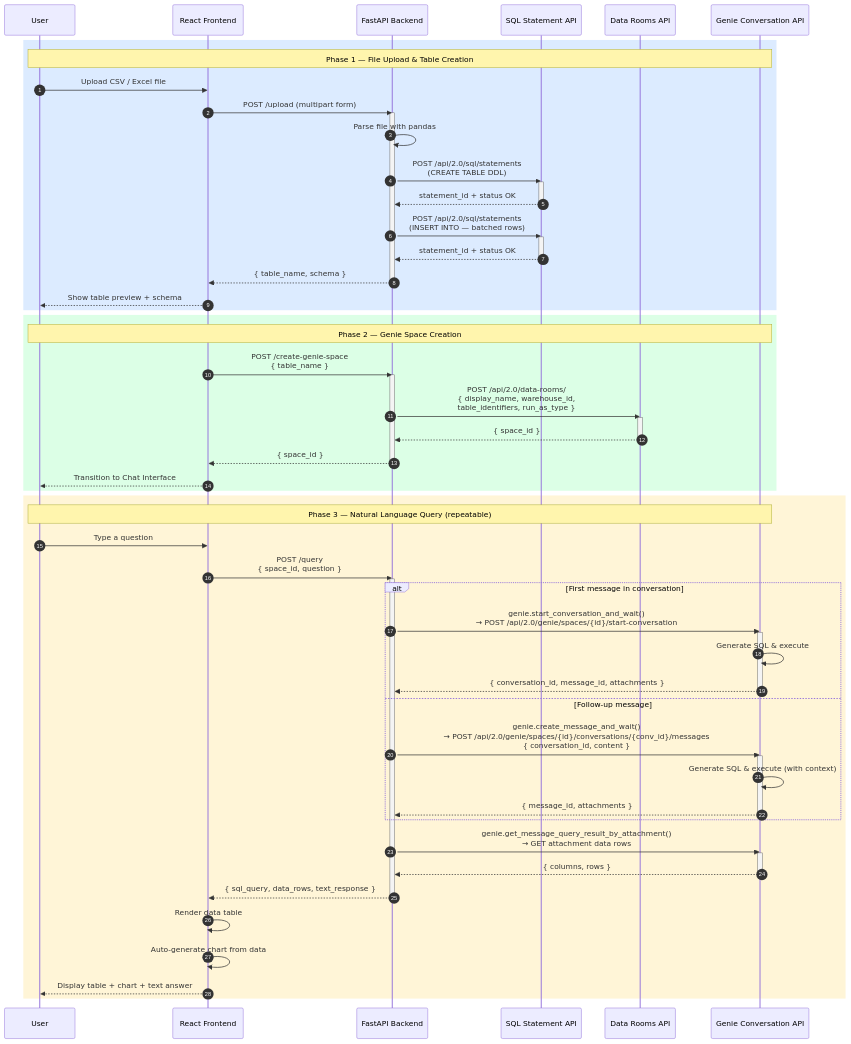
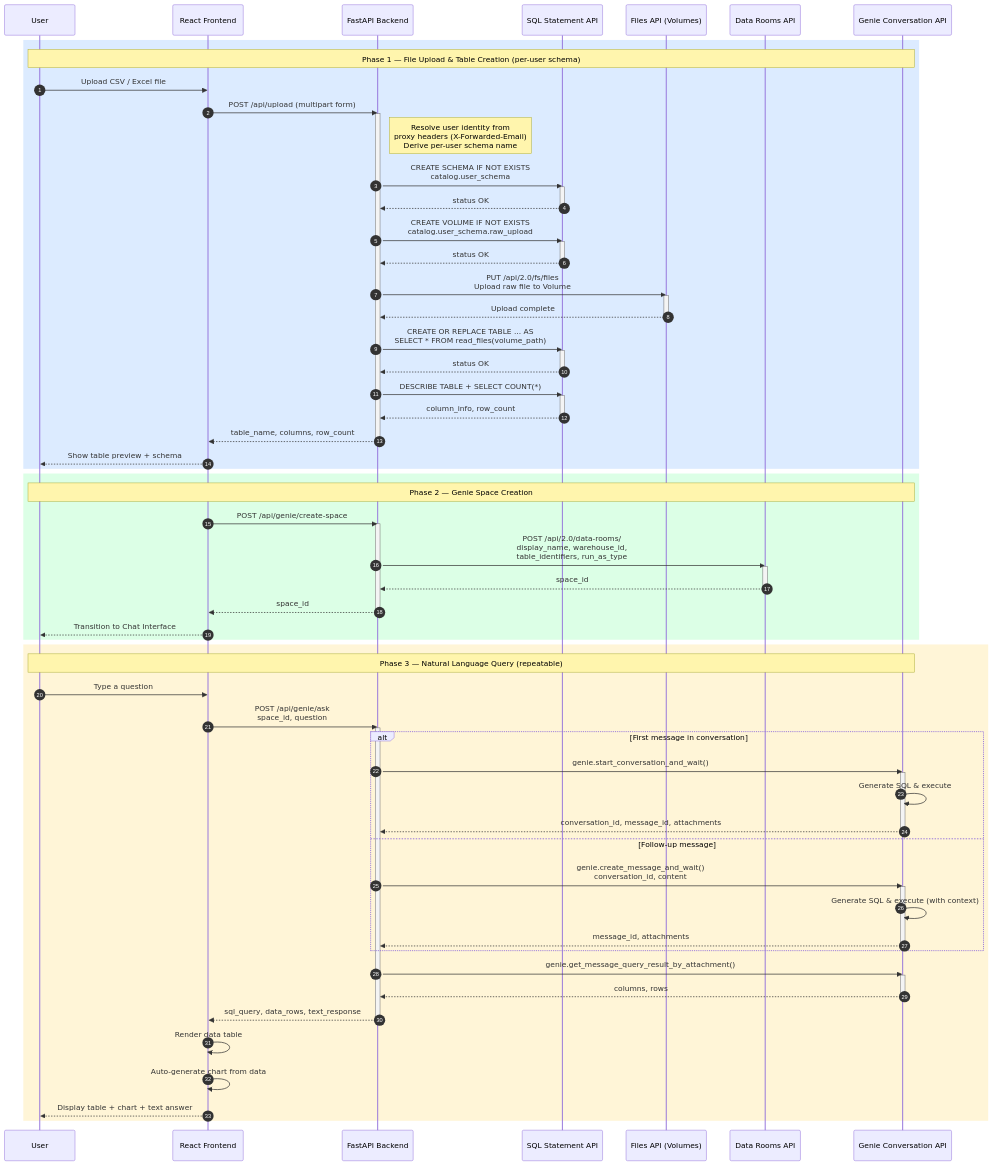
One commit to ffgdeo/genie-upload-demo changed the diagram in api-flow-diagram.mmd. Above: the diagram before and after it, drawn with Mermaid. The commit also changed 1 other file, not shown here.

Commit message:
Update API flow diagram to reflect volume-based upload architecture

```diff
--- a/api-flow-diagram.mmd
+++ b/api-flow-diagram.mmd
@@ -1,75 +1,95 @@
 sequenceDiagram
     autonumber
     participant U as User
     participant FE as React Frontend
     participant BE as FastAPI Backend
     participant SQL as SQL Statement API
+    participant FS as Files API (Volumes)
     participant DR as Data Rooms API
     participant GC as Genie Conversation API
 
     rect rgb(220, 235, 255)
-        Note over U,GC: Phase 1 — File Upload & Table Creation
+        Note over U,GC: Phase 1 — File Upload & Table Creation (per-user schema)
 
         U->>FE: Upload CSV / Excel file
-        FE->>BE: POST /upload (multipart form)
+        FE->>BE: POST /api/upload (multipart form)
         activate BE
-        BE->>BE: Parse file with pandas
-        BE->>SQL: POST /api/2.0/sql/statements<br/>(CREATE TABLE DDL)
+
+        Note right of BE: Resolve user identity from<br/>proxy headers (X-Forwarded-Email)<br/>Derive per-user schema name
+
+        BE->>SQL: CREATE SCHEMA IF NOT EXISTS<br/>catalog.user_schema
         activate SQL
-        SQL-->>BE: statement_id + status OK
+        SQL-->>BE: status OK
         deactivate SQL
-        BE->>SQL: POST /api/2.0/sql/statements<br/>(INSERT INTO — batched rows)
+
+        BE->>SQL: CREATE VOLUME IF NOT EXISTS<br/>catalog.user_schema.raw_upload
         activate SQL
-        SQL-->>BE: statement_id + status OK
+        SQL-->>BE: status OK
         deactivate SQL
-        BE-->>FE: { table_name, schema }
+
+        BE->>FS: PUT /api/2.0/fs/files<br/>Upload raw file to Volume
+        activate FS
+        FS-->>BE: Upload complete
+        deactivate FS
+
+        BE->>SQL: CREATE OR REPLACE TABLE ... AS<br/>SELECT * FROM read_files(volume_path)
+        activate SQL
+        SQL-->>BE: status OK
+        deactivate SQL
+
+        BE->>SQL: DESCRIBE TABLE + SELECT COUNT(*)
+        activate SQL
+        SQL-->>BE: column_info, row_count
+        deactivate SQL
+
+        BE-->>FE: table_name, columns, row_count
         deactivate BE
         FE-->>U: Show table preview + schema
     end
 
     rect rgb(220, 255, 230)
         Note over U,GC: Phase 2 — Genie Space Creation
 
-        FE->>BE: POST /create-genie-space<br/>{ table_name }
+        FE->>BE: POST /api/genie/create-space
         activate BE
-        BE->>DR: POST /api/2.0/data-rooms/<br/>{ display_name, warehouse_id,<br/>  table_identifiers, run_as_type }
+        BE->>DR: POST /api/2.0/data-rooms/<br/>display_name, warehouse_id,<br/>table_identifiers, run_as_type
         activate DR
-        DR-->>BE: { space_id }
+        DR-->>BE: space_id
         deactivate DR
-        BE-->>FE: { space_id }
+        BE-->>FE: space_id
         deactivate BE
         FE-->>U: Transition to Chat Interface
     end
 
     rect rgb(255, 245, 215)
         Note over U,GC: Phase 3 — Natural Language Query (repeatable)
 
         U->>FE: Type a question
-        FE->>BE: POST /query<br/>{ space_id, question }
+        FE->>BE: POST /api/genie/ask<br/>space_id, question
         activate BE
 
         alt First message in conversation
-            BE->>GC: genie.start_conversation_and_wait()<br/>→ POST /api/2.0/genie/spaces/{id}/start-conversation
+            BE->>GC: genie.start_conversation_and_wait()
             activate GC
             GC->>GC: Generate SQL & execute
-            GC-->>BE: { conversation_id, message_id, attachments }
+            GC-->>BE: conversation_id, message_id, attachments
             deactivate GC
         else Follow-up message
-            BE->>GC: genie.create_message_and_wait()<br/>→ POST /api/2.0/genie/spaces/{id}/conversations/{conv_id}/messages<br/>{ conversation_id, content }
+            BE->>GC: genie.create_message_and_wait()<br/>conversation_id, content
             activate GC
             GC->>GC: Generate SQL & execute (with context)
-            GC-->>BE: { message_id, attachments }
+            GC-->>BE: message_id, attachments
             deactivate GC
         end
 
-        BE->>GC: genie.get_message_query_result_by_attachment()<br/>→ GET attachment data rows
+        BE->>GC: genie.get_message_query_result_by_attachment()
         activate GC
-        GC-->>BE: { columns, rows }
+        GC-->>BE: columns, rows
         deactivate GC
 
-        BE-->>FE: { sql_query, data_rows, text_response }
+        BE-->>FE: sql_query, data_rows, text_response
         deactivate BE
         FE->>FE: Render data table
         FE->>FE: Auto-generate chart from data
         FE-->>U: Display table + chart + text answer
     end
```
